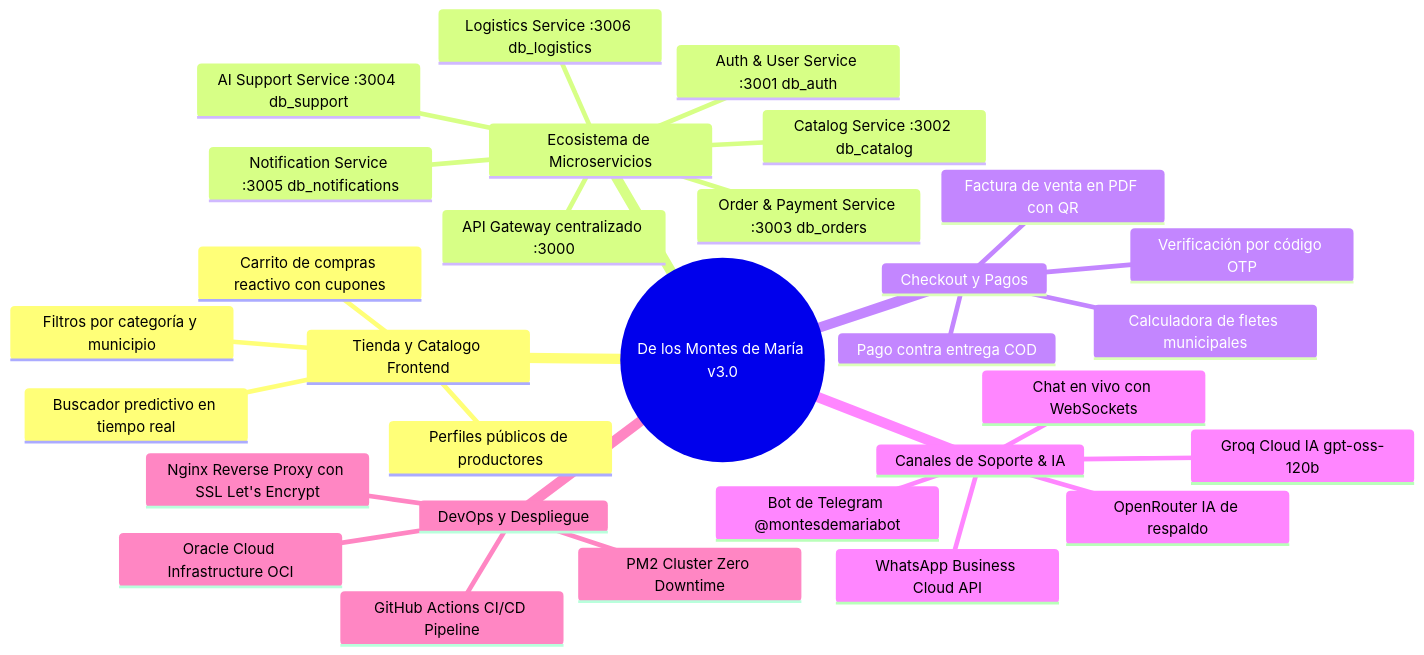
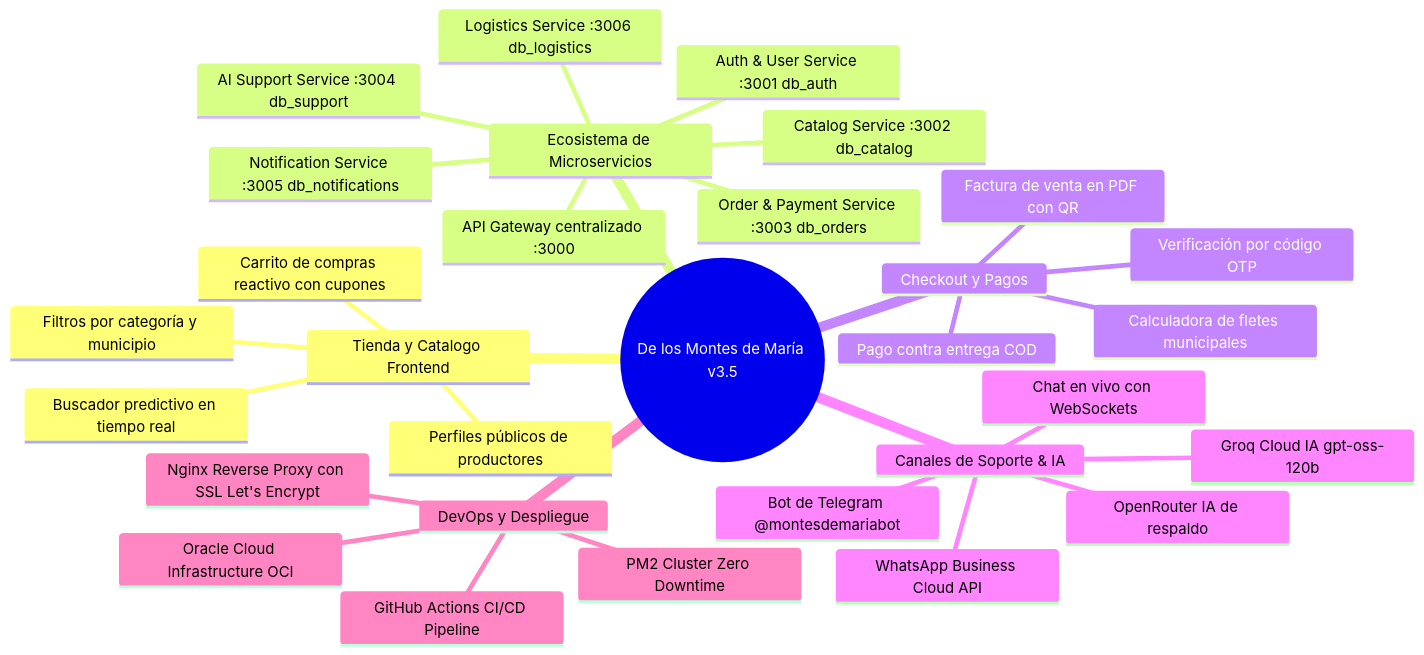
Before and after one commit to Danx016/delosmontesdemaria: the first of 8 diagrams in DOCUMENTACION_OFICIAL_PROYECTO.md, drawn with Mermaid. The commit also changed other lines of this file, not shown here.

````diff
--- a/DOCUMENTACION_OFICIAL_PROYECTO.md
+++ b/DOCUMENTACION_OFICIAL_PROYECTO.md
@@ -101,33 +103,33 @@
 ```mermaid
 mindmap
-  root((De los Montes de María v3.0))
+  root((De los Montes de María v3.5))
     Tienda y Catalogo Frontend
       Filtros por categoría y municipio
       Perfiles públicos de productores
       Buscador predictivo en tiempo real
       Carrito de compras reactivo con cupones
     Ecosistema de Microservicios
       API Gateway centralizado :3000
       Auth & User Service :3001 db_auth
       Catalog Service :3002 db_catalog
       Order & Payment Service :3003 db_orders
       AI Support Service :3004 db_support
       Notification Service :3005 db_notifications
       Logistics Service :3006 db_logistics
     Checkout y Pagos
       Pago contra entrega COD
       Verificación por código OTP
       Factura de venta en PDF con QR
       Calculadora de fletes municipales
     Canales de Soporte & IA
       Chat en vivo con WebSockets
       Groq Cloud IA gpt-oss-120b
       OpenRouter IA de respaldo
       Bot de Telegram @montesdemariabot
       WhatsApp Business Cloud API
     DevOps y Despliegue
       GitHub Actions CI/CD Pipeline
       Oracle Cloud Infrastructure OCI
       PM2 Cluster Zero Downtime
       Nginx Reverse Proxy con SSL Let's Encrypt
 ```
````
